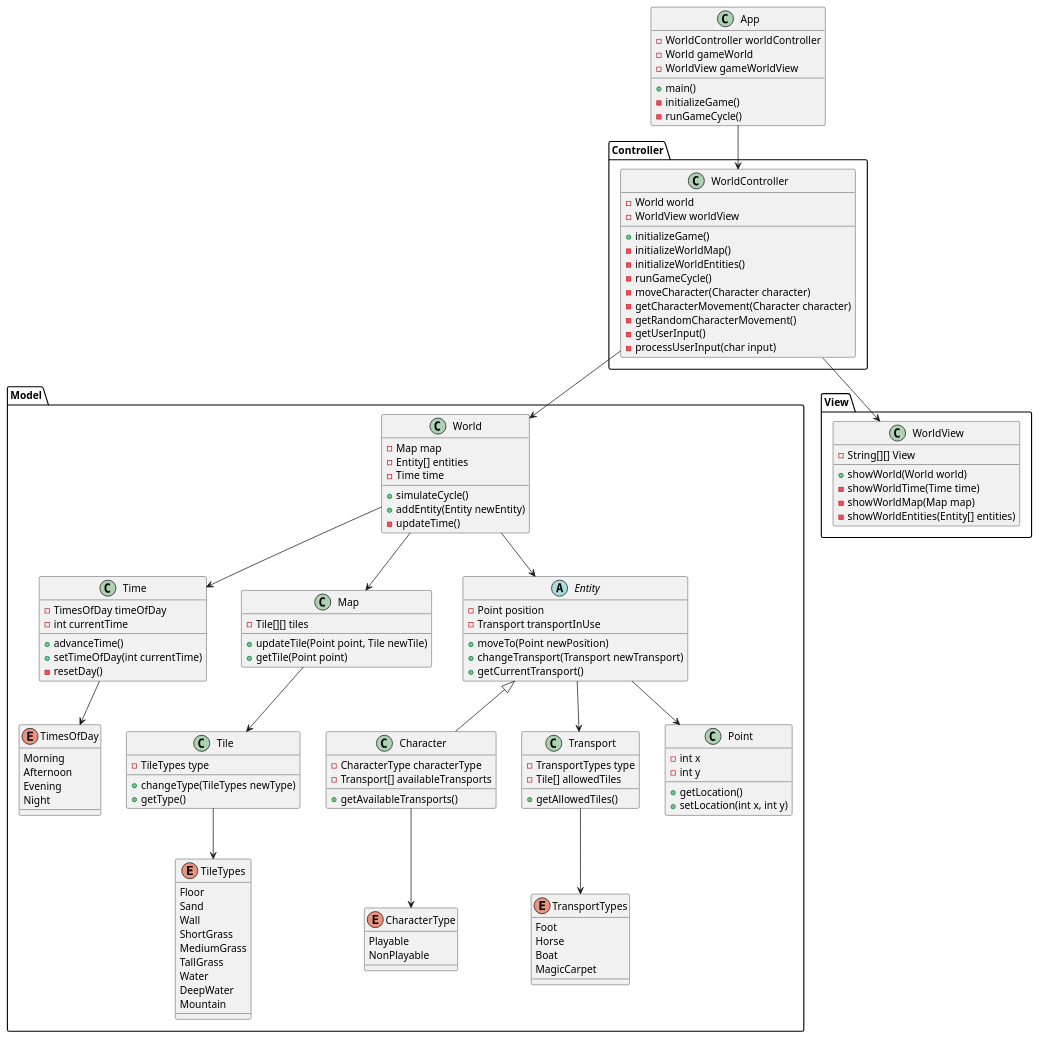
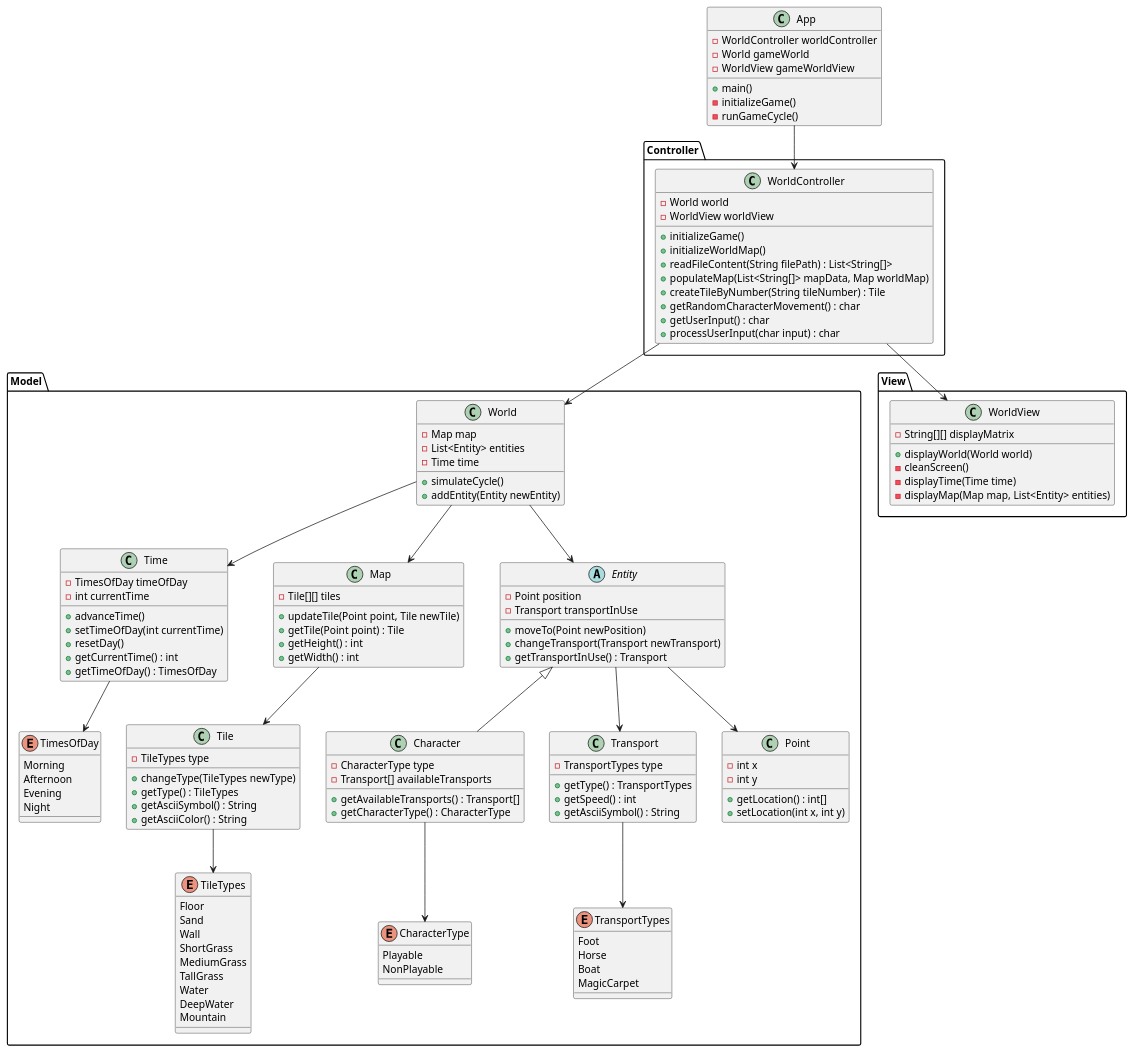
One commit to mmasias/23-24-IdSw2-SDD changed the diagram in docs/modelosUML/diagramaDeAplicacion.puml. Above: the diagram before and after it, drawn with PlantUML.

```diff
--- a/docs/modelosUML/diagramaDeAplicacion.puml
+++ b/docs/modelosUML/diagramaDeAplicacion.puml
@@ -1,151 +1,157 @@
 @startuml DiagramaDeAplicacion
 
 class App {
     - WorldController worldController
     - World gameWorld
     - WorldView gameWorldView
 
     + main()
     - initializeGame()
     - runGameCycle()
 }
 
 package "Model" {
     class World {
         - Map map
-        - Entity[] entities
+        - List<Entity> entities
         - Time time
 
         + simulateCycle()
         + addEntity(Entity newEntity)
-        - updateTime()
     }
 
     class Time {
         - TimesOfDay timeOfDay
         - int currentTime
 
         + advanceTime()
         + setTimeOfDay(int currentTime)
-        - resetDay()
+        + resetDay()
+        + getCurrentTime() : int
+        + getTimeOfDay() : TimesOfDay
     }
 
     class Map {
         - Tile[][] tiles
 
         + updateTile(Point point, Tile newTile)
-        + getTile(Point point)
+        + getTile(Point point) : Tile
+        + getHeight() : int
+        + getWidth() : int
     }
 
     class Tile {
         - TileTypes type
 
         + changeType(TileTypes newType)
-        + getType() 
+        + getType() : TileTypes
+        + getAsciiSymbol() : String
+        + getAsciiColor() : String
     }
 
     abstract class Entity {
         - Point position
         - Transport transportInUse
 
         + moveTo(Point newPosition)
         + changeTransport(Transport newTransport)
-        + getCurrentTransport()
+        + getTransportInUse() : Transport
     }
 
     class Character extends Entity {
-        - CharacterType characterType
+        - CharacterType type
         - Transport[] availableTransports
 
-        + getAvailableTransports()
-
+        + getAvailableTransports() : Transport[]
+        + getCharacterType() : CharacterType
     }
 
     class Transport {
         - TransportTypes type
-        - Tile[] allowedTiles
 
-        + getAllowedTiles()
+        + getType() : TransportTypes
+        + getSpeed() : int
+        + getAsciiSymbol() : String
     }
 
     class Point {
         - int x
         - int y
 
-        + getLocation()
+        + getLocation() : int[]
         + setLocation(int x, int y)
     }
 
     enum TileTypes {
         Floor
         Sand
         Wall
         ShortGrass
         MediumGrass
         TallGrass
         Water
         DeepWater
         Mountain
     }
 
     enum TimesOfDay {
         Morning
         Afternoon
         Evening
         Night
     }
 
     enum TransportTypes {
         Foot
         Horse
         Boat
         MagicCarpet
     }
 
     enum CharacterType {
         Playable
         NonPlayable
     }
 }
 
 package "View" {
     class WorldView {
-        - String[][] View
-        + showWorld(World world)
-        - showWorldTime(Time time)
-        - showWorldMap(Map map)
-        - showWorldEntities(Entity[] entities)
+        - String[][] displayMatrix
+
+        + displayWorld(World world)
+        - cleanScreen()
+        - displayTime(Time time)
+        - displayMap(Map map, List<Entity> entities)
     }
 }
 
 package "Controller" {
     class WorldController {
         - World world
         - WorldView worldView
 
         + initializeGame()
-        - initializeWorldMap()
-        - initializeWorldEntities()
-        - runGameCycle()
-        - moveCharacter(Character character)
-        - getCharacterMovement(Character character)
-        - getRandomCharacterMovement()
-        - getUserInput()
-        - processUserInput(char input)
+        + initializeWorldMap()
+        + readFileContent(String filePath) : List<String[]>
+        + populateMap(List<String[]> mapData, Map worldMap)
+        + createTileByNumber(String tileNumber) : Tile
+        + getRandomCharacterMovement() : char
+        + getUserInput() : char
+        + processUserInput(char input) : char
     }
 }
 
 World --> Map
 World --> Entity
 World --> Time
 Map --> Tile
 Tile --> TileTypes
 Entity --> Point
 Entity --> Transport
 Transport --> TransportTypes
 Time --> TimesOfDay
 Character --> CharacterType
 WorldController --> World
 WorldController --> WorldView
 App --> WorldController
 @enduml
```
